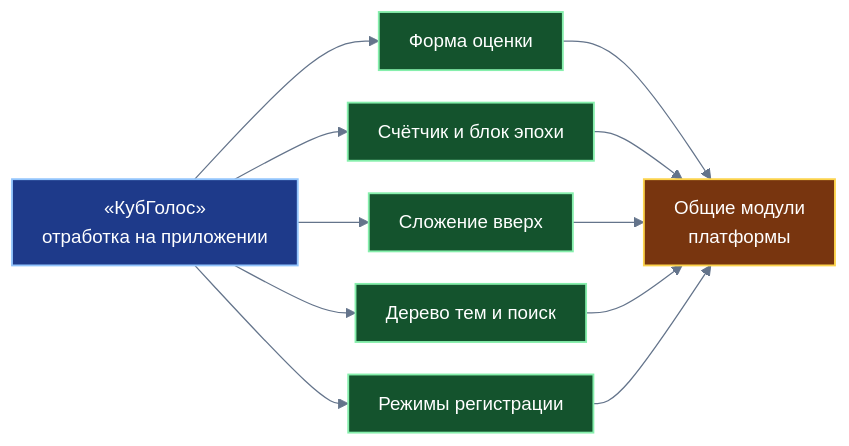
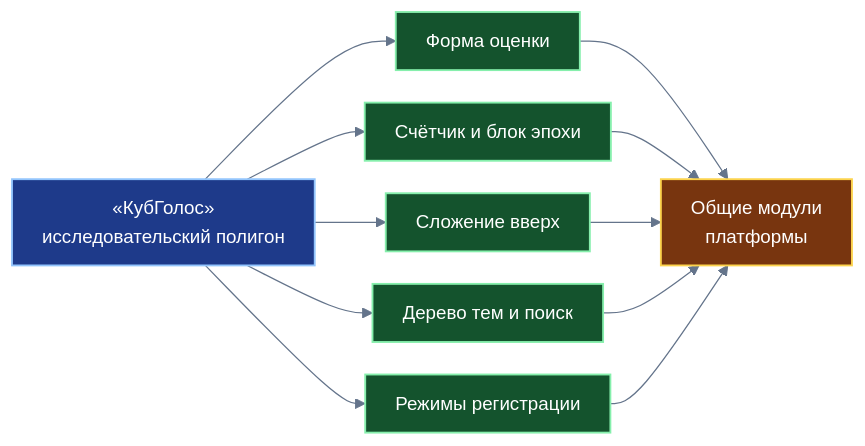
Before and after one commit to Data-Independence-Network/presentations: diagram 13 of 13 in shared_docs/whitepapers/08_votecube_whitepaper.md, drawn with Mermaid. The commit also changed other lines of this file and 36 other files, not shown here.

````diff
--- a/shared_docs/whitepapers/08_votecube_whitepaper.md
+++ b/shared_docs/whitepapers/08_votecube_whitepaper.md
@@ -569,23 +629,23 @@
 ```mermaid
 %%{init: {"theme":"base","themeVariables":{"background":"#0f172a","fontFamily":"Arial, Helvetica, sans-serif","fontSize":"15px","primaryColor":"#1e3a8a","primaryTextColor":"#ffffff","primaryBorderColor":"#93c5fd","secondaryColor":"#14532d","tertiaryColor":"#1e293b","lineColor":"#64748b","textColor":"#94a3b8","mainBkg":"#1e3a8a","nodeBorder":"#93c5fd","clusterBkg":"#1e293b","clusterBorder":"#475569","titleColor":"#cbd5e1","edgeLabelBackground":"#1e293b"},"themeCSS":"foreignObject *{font-family:Arial,Helvetica,sans-serif !important}","flowchart":{"curve":"basis","htmlLabels":true,"nodeSpacing":26,"rankSpacing":40,"padding":12,"useMaxWidth":true}}}%%
 flowchart LR
-    A["«КубГолос»<br/>отработка на приложении"] --> B["Форма оценки"]
+    A["«КубГолос»<br/>исследовательский полигон"] --> B["Форма оценки"]
     A --> C["Счётчик и блок эпохи"]
     A --> D["Сложение вверх"]
     A --> E["Дерево тем и поиск"]
     A --> F["Режимы регистрации"]
     B --> M["Общие модули<br/>платформы"]
     C --> M
     D --> M
     E --> M
     F --> M
     class A leaf
     class B,C,D,E,F branch
     class M trunk
     classDef leaf fill:#1e3a8a,stroke:#93c5fd,stroke-width:1.5px,color:#ffffff
     classDef branch fill:#14532d,stroke:#86efac,stroke-width:1.5px,color:#ffffff
     classDef trunk fill:#78350f,stroke:#fcd34d,stroke-width:1.5px,color:#ffffff
     classDef bank fill:#4c1d95,stroke:#c4b5fd,stroke-width:1.5px,color:#ffffff
     classDef priv fill:#334155,stroke:#cbd5e1,stroke-width:1.5px,color:#ffffff
     classDef risk fill:#7f1d1d,stroke:#fca5a5,stroke-width:1.5px,color:#ffffff
 ```
````
